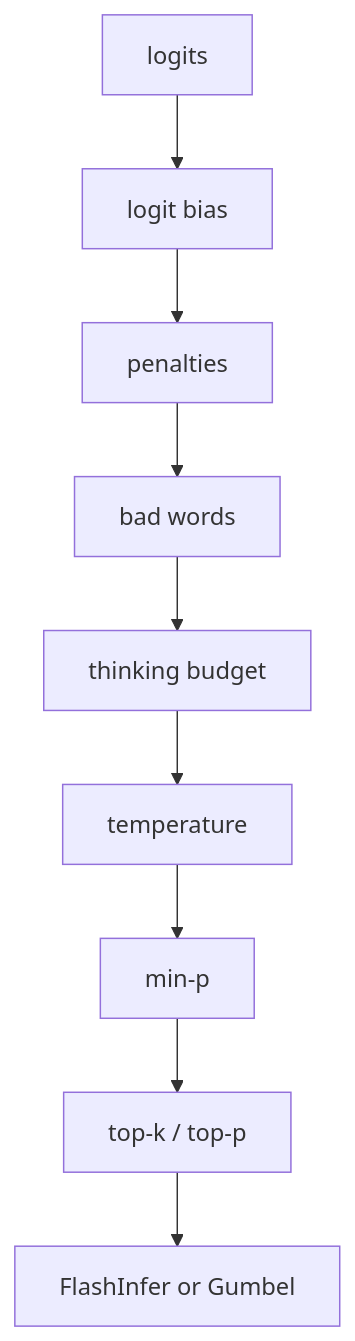
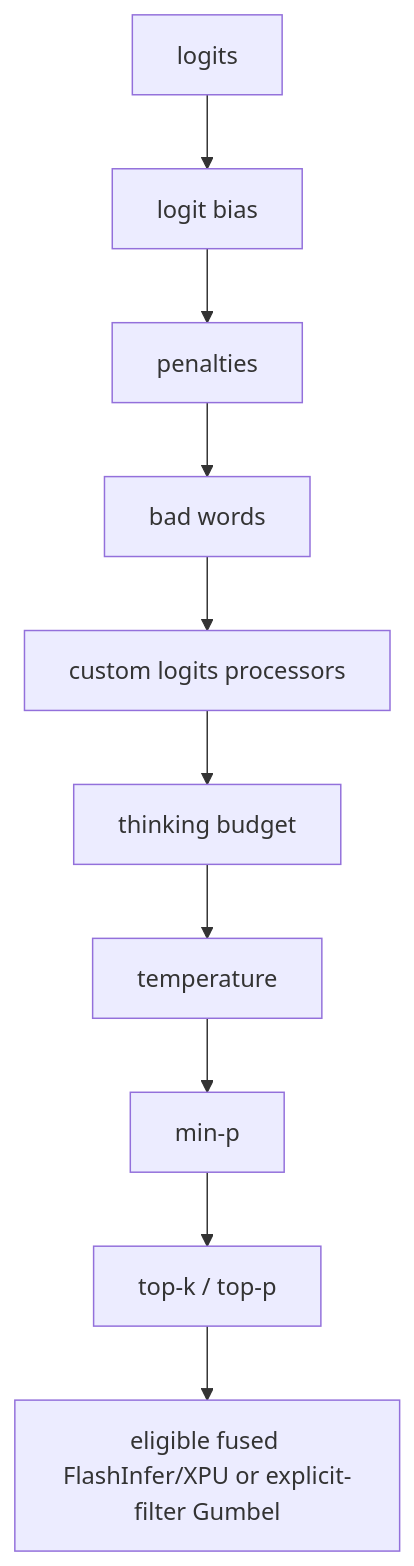
One commit to cluster1900/vllm_reader changed diagram 31 of 41 in book/07-model-execution/README.md. Above: the diagram before and after it, drawn with Mermaid. The commit also changed other lines of this file and 26 other files, not shown here.

````diff
--- a/book/07-model-execution/README.md
+++ b/book/07-model-execution/README.md
@@ -857,11 +866,12 @@
 ```mermaid
 flowchart TD
     L2["logits"] --> BI["logit bias"]
     BI --> PE["penalties"]
     PE --> BW["bad words"]
-    BW --> TB["thinking budget"]
+    BW --> CUSTOM["custom logits processors"]
+    CUSTOM --> TB["thinking budget"]
     TB --> TE["temperature"]
     TE --> MP["min-p"]
     MP --> TK["top-k / top-p"]
-    TK --> GS["FlashInfer or Gumbel"]
+    TK --> GS["eligible fused FlashInfer/XPU or explicit-filter Gumbel"]
 ```
````
